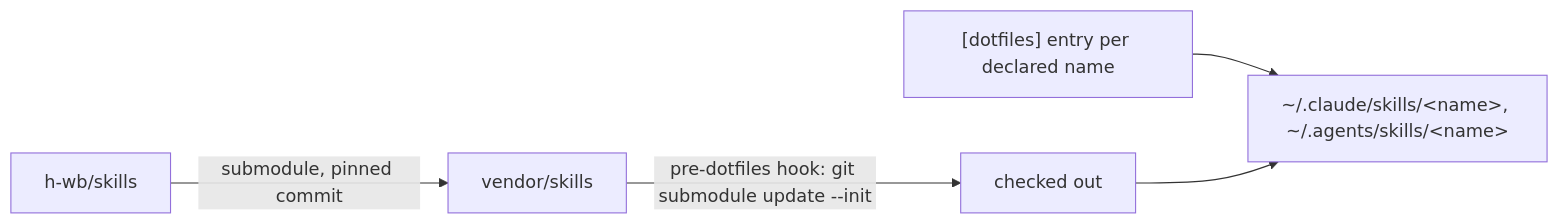
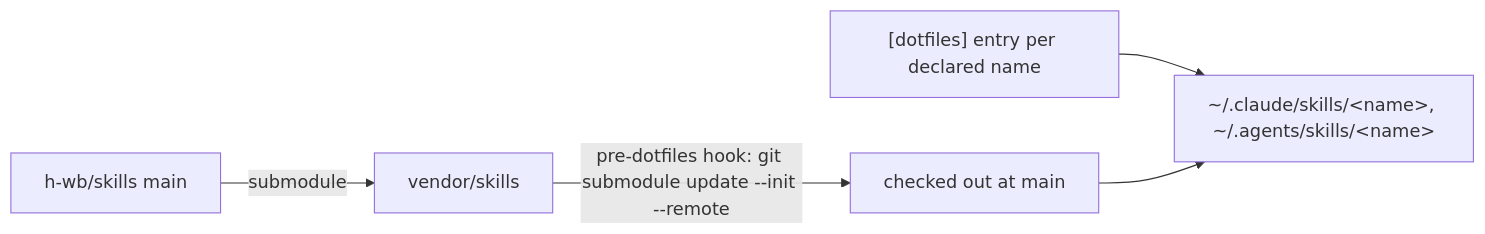
One commit to h-wb/dotfiles changed the second of 2 diagrams in conf.d/ai/README.md. Above: the diagram before and after it, drawn with Mermaid. The commit also changed other lines of this file and 6 other files, not shown here.

First line of the commit message:
feat(ai): the skills catalogue follows h-wb/skills main

````diff
--- a/conf.d/ai/README.md
+++ b/conf.d/ai/README.md
@@ -94,7 +94,7 @@
 ```mermaid
 flowchart LR
-  S["h-wb/skills"] -->|"submodule, pinned commit"| V["vendor/skills"]
-  V -->|"pre-dotfiles hook: git submodule update --init"| C["checked out"]
+  S["h-wb/skills main"] -->|"submodule"| V["vendor/skills"]
+  V -->|"pre-dotfiles hook: git submodule update --init --remote"| C["checked out at main"]
   D["[dotfiles] entry per declared name"] --> L["~/.claude/skills/&lt;name&gt;, ~/.agents/skills/&lt;name&gt;"]
   C --> L
 ```
````
